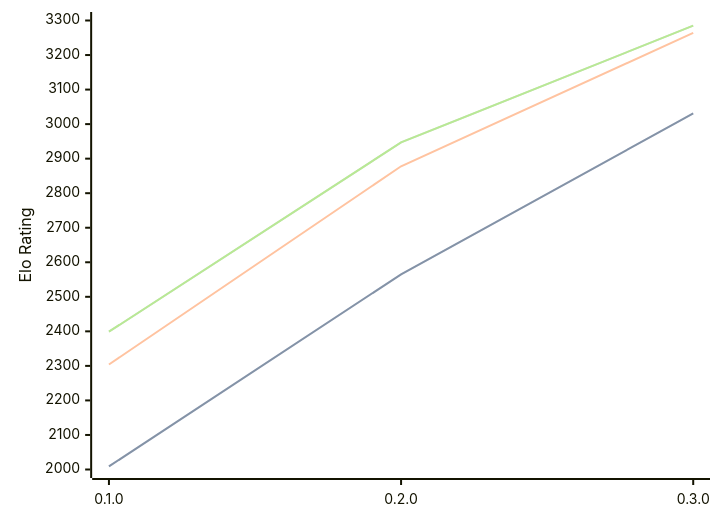
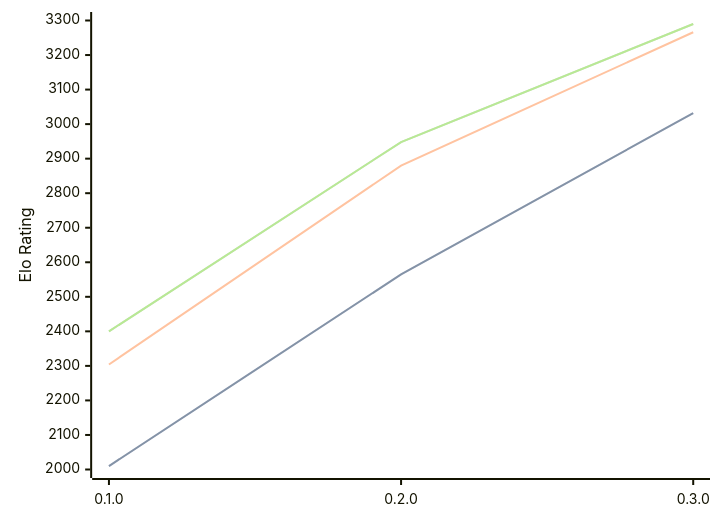
Before and after one commit to computer-chess-index/cci: the diagram in engines/Justbot.md, drawn with Mermaid. The commit also changed other lines of this file, not shown here.

Commit message:
Update CCI Ratings (ELO VLTC) - 2026-07-25

````diff
--- a/engines/Justbot.md
+++ b/engines/Justbot.md
@@ -33,11 +33,11 @@
 ```mermaid
 %%{init: {"theme":"base","themeVariables":{"seriesColors:['#a3a3a3','#222221','#faa371']}}}%%
 xychart-beta
   x-axis ["0.1.0", "0.2.0", "0.3.0"]
   y-axis "Elo Rating" 2000 --> 3300
-  line "STC (8.0+0.08s)" [2009, 2565, 3031]
-  line "STC (8.0+0.08s)" [2009, 2565, 3031]
-  line "LTC (60.0+0.60s)" [2304, 2878, 3264]
-  line "VLTC (2m24s+1.12s)" [2399, 2947, 3285]
-  line "VLTC (2m24s+1.12s)" [2399, 2947, 3285]
+  line "STC (8.0+0.08s)" [2010, 2565, 3032]
+  line "STC (8.0+0.08s)" [2010, 2565, 3032]
+  line "LTC (60.0+0.60s)" [2304, 2880, 3266]
+  line "VLTC (2m24s+1.12s)" [2400, 2948, 3290]
+  line "VLTC (2m24s+1.12s)" [2400, 2948, 3290]
 ```
````
